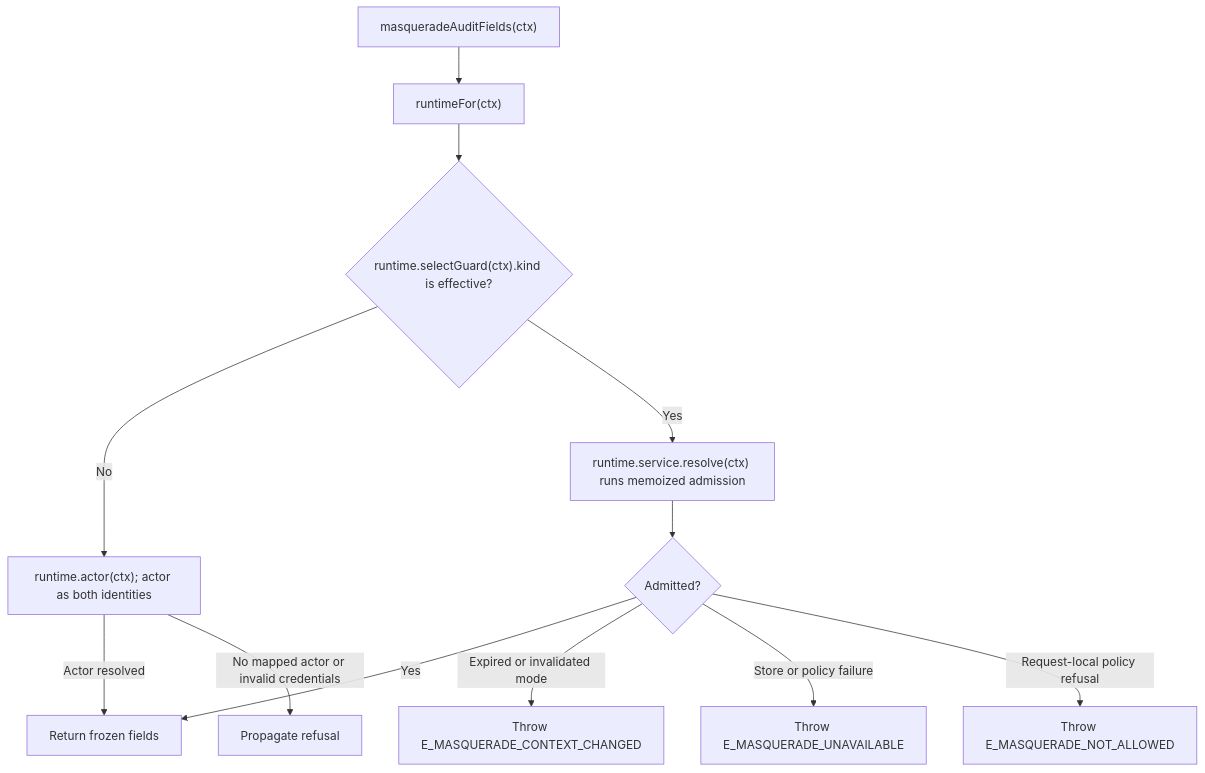
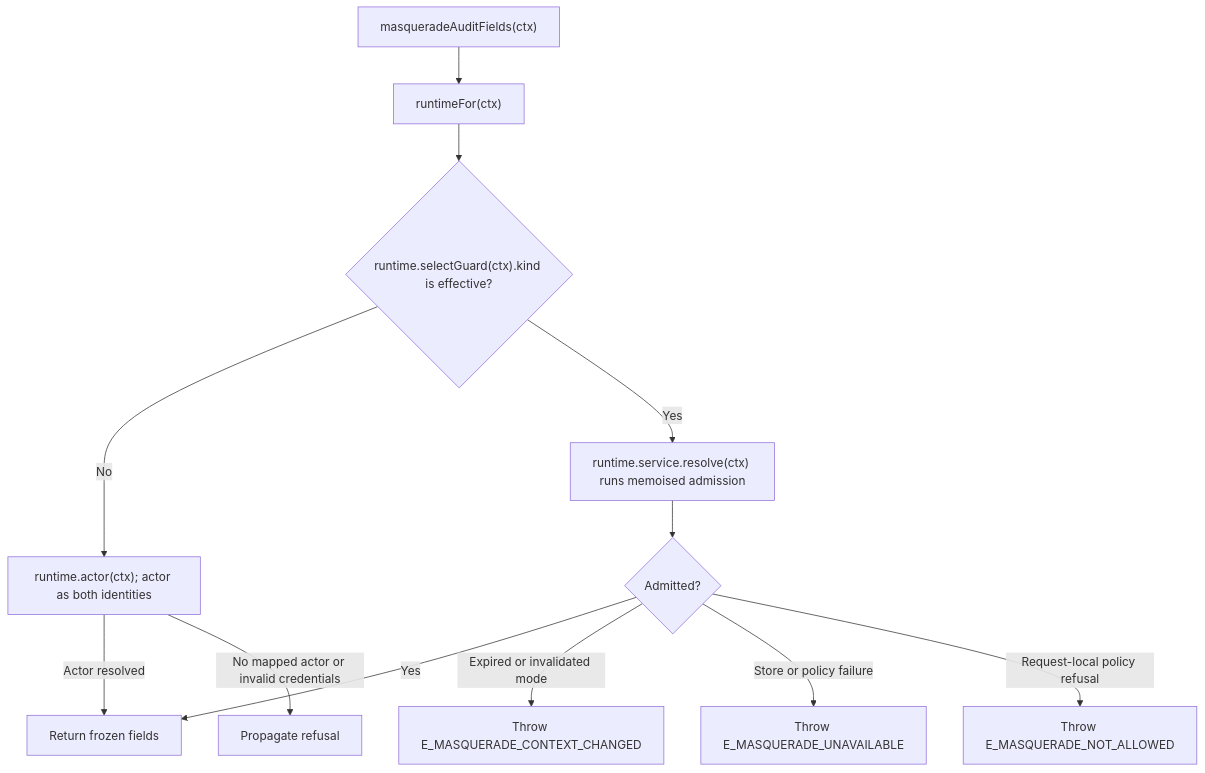
The second of 2 diagrams in user-stories/audit-business-work/us-audit-01-attach-audit-fields.md (Kevinjohn/oss-adonisjs-masquerade), drawn with Mermaid before and after one commit. The commit also changed other lines of this file and 42 other files, not shown here.

````diff
--- a/user-stories/audit-business-work/us-audit-01-attach-audit-fields.md
+++ b/user-stories/audit-business-work/us-audit-01-attach-audit-fields.md
@@ -37,14 +37,14 @@
 ```mermaid
 flowchart TD
     A["masqueradeAuditFields(ctx)"] --> B["runtimeFor(ctx)"]
     B --> C{"runtime.selectGuard(ctx).kind is effective?"}
     C -->|No| D["runtime.actor(ctx); actor as both identities"]
-    C -->|Yes| E["runtime.service.resolve(ctx) runs memoized admission"]
+    C -->|Yes| E["runtime.service.resolve(ctx) runs memoised admission"]
     E --> G{"Admitted?"}
     G -->|Yes| F["Return frozen fields"]
     G -->|"Expired or invalidated mode"| H["Throw E_MASQUERADE_CONTEXT_CHANGED"]
     G -->|"Store or policy failure"| I["Throw E_MASQUERADE_UNAVAILABLE"]
     G -->|Request-local policy refusal| J["Throw E_MASQUERADE_NOT_ALLOWED"]
     D -->|Actor resolved| F
     D -->|No mapped actor or invalid credentials| X["Propagate refusal"]
 ```
````
